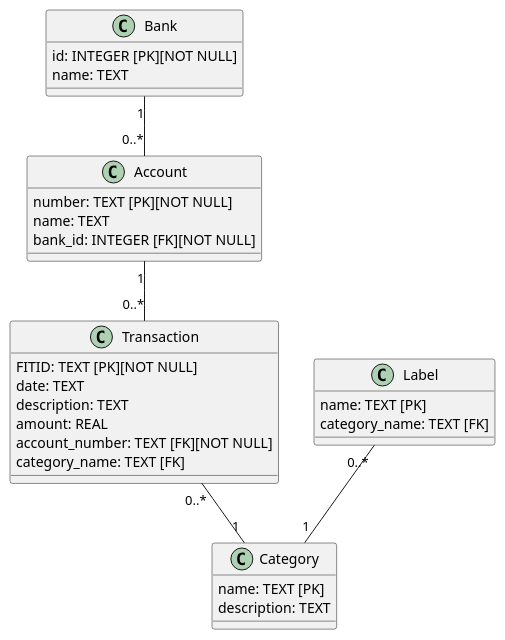
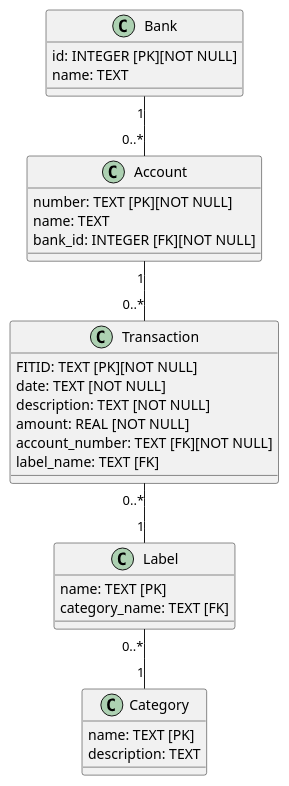
Before and after one commit to nboutin/buba_engine: the diagram in source/doc/database_project.class.plantuml, drawn with PlantUML. The commit also changed 3 other files, not shown here.

```diff
--- a/source/doc/database_project.class.plantuml
+++ b/source/doc/database_project.class.plantuml
@@ -1,40 +1,40 @@
 @startuml
 
 class Bank {
 	id: INTEGER [PK][NOT NULL]
 	name: TEXT
 }
 
 class Account {
 	number: TEXT [PK][NOT NULL]
 	name: TEXT
 	bank_id: INTEGER [FK][NOT NULL]
 }
 
 class Transaction {
 	'Financial Institut Transaction ID
 	FITID: TEXT [PK][NOT NULL]
-	date: TEXT
+	date: TEXT [NOT NULL]
+	description: TEXT [NOT NULL]
+	amount: REAL [NOT NULL]
+	account_number: TEXT [FK][NOT NULL]
+	label_name: TEXT [FK]
+}
+
+class Category {
+	name: TEXT [PK]
 	description: TEXT
-	amount: REAL
-	account_number: TEXT [FK][NOT NULL]
-	category_name: TEXT [FK]
 }
 
 class Label {
 	name: TEXT [PK]
 	category_name: TEXT [FK]
 }
 
-class Category {
-	name: TEXT [PK]
-	description: TEXT
-}
-
 
 Bank "1" -- "0..*" Account
 Account "1" -- "0..*" Transaction
-Transaction "0..*" -- "1" Category
+Transaction "0..*" -- "1" Label
 Label "0..*" -- "1" Category
 
 @enduml
```
